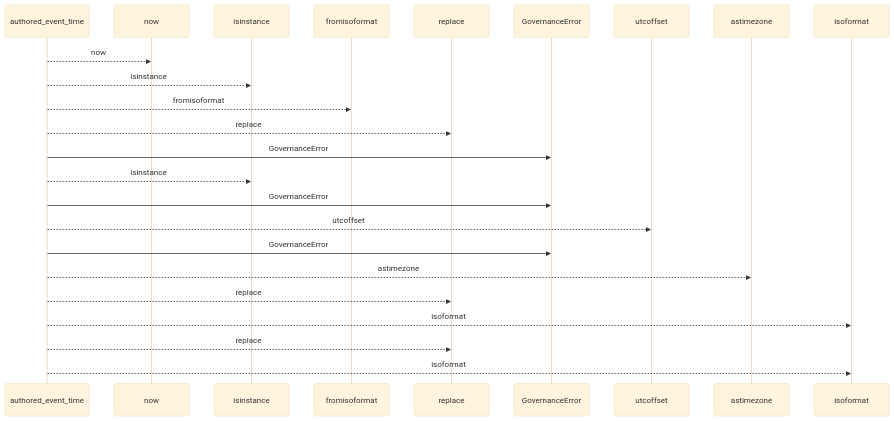
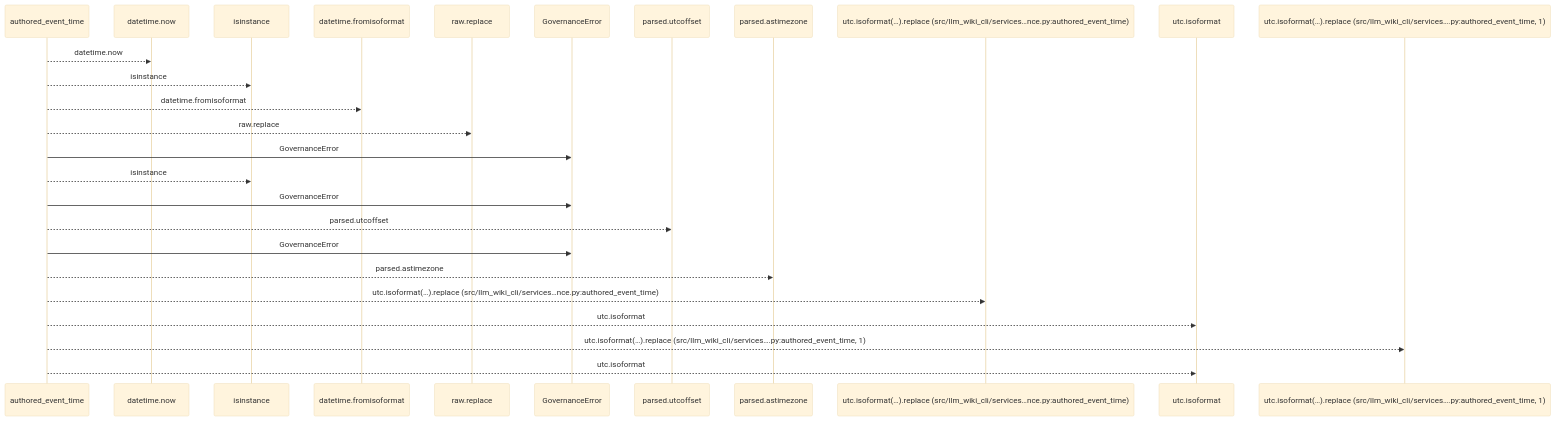
One commit to Denissvgn/python-wiki-llm changed the first of 2 diagrams in docs/llm_wiki/flows/api-authored_event_time.md. Above: the diagram before and after it, drawn with Mermaid (base theme). The commit also changed other lines of this file and 719 other files, not shown here.

````diff
--- a/docs/llm_wiki/flows/api-authored_event_time.md
+++ b/docs/llm_wiki/flows/api-authored_event_time.md
@@ -10,26 +10,28 @@
 ```mermaid
 sequenceDiagram
     participant p0 as authored_event_time
-    participant p1 as now
+    participant p1 as datetime.now
     participant p2 as isinstance
-    participant p3 as fromisoformat
-    participant p4 as replace
+    participant p3 as datetime.fromisoformat
+    participant p4 as raw.replace
     participant p5 as GovernanceError
-    participant p6 as utcoffset
-    participant p7 as astimezone
-    participant p8 as isoformat
-    p0-->>p1: now
+    participant p6 as parsed.utcoffset
+    participant p7 as parsed.astimezone
+    participant p8 as utc.isoformat(…).replace (src/llm_wiki_cli/services…nce.py:authored_event_time)
+    participant p9 as utc.isoformat
+    participant p10 as utc.isoformat(…).replace (src/llm_wiki_cli/services….py:authored_event_time, 1)
+    p0-->>p1: datetime.now
     p0-->>p2: isinstance
-    p0-->>p3: fromisoformat
-    p0-->>p4: replace
+    p0-->>p3: datetime.fromisoformat
+    p0-->>p4: raw.replace
     p0->>p5: GovernanceError
     p0-->>p2: isinstance
     p0->>p5: GovernanceError
-    p0-->>p6: utcoffset
+    p0-->>p6: parsed.utcoffset
     p0->>p5: GovernanceError
-    p0-->>p7: astimezone
-    p0-->>p4: replace
-    p0-->>p8: isoformat
-    p0-->>p4: replace
-    p0-->>p8: isoformat
+    p0-->>p7: parsed.astimezone
+    p0-->>p8: utc.isoformat(…).replace (src/llm_wiki_cli/services…nce.py:authored_event_time)
+    p0-->>p9: utc.isoformat
+    p0-->>p10: utc.isoformat(…).replace (src/llm_wiki_cli/services….py:authored_event_time, 1)
+    p0-->>p9: utc.isoformat
 ```
````
